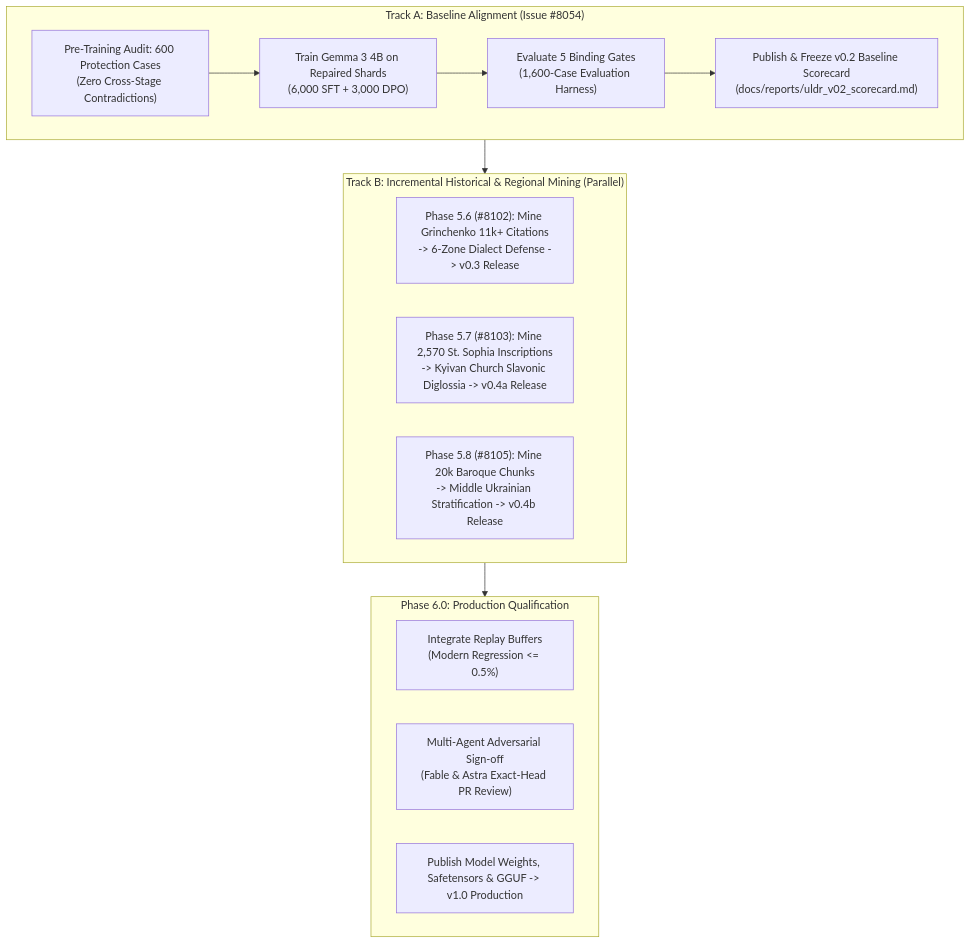
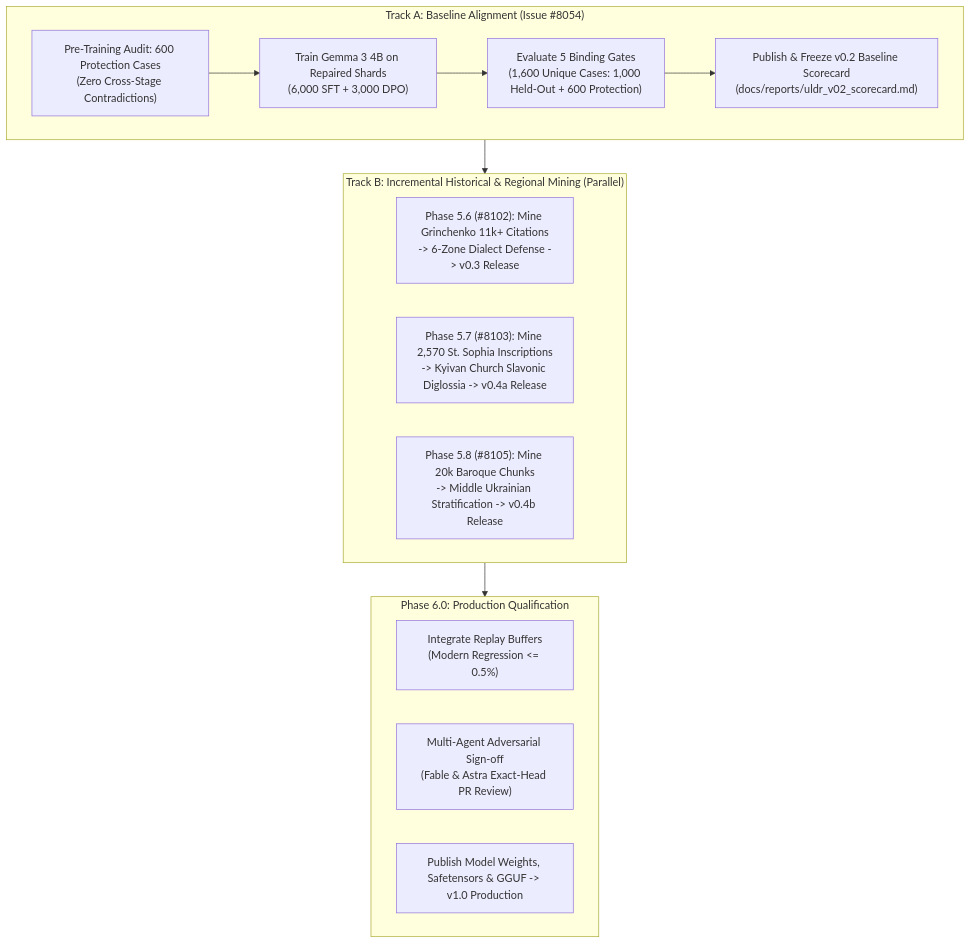
Before and after one commit to learn-ukrainian/learn-ukrainian.github.io: the diagram in docs/projects/open-model-data/PRODUCTION_RELEASE_PLAN.md, drawn with Mermaid. The commit also changed other lines of this file and 2 other files, not shown here.

First line of the commit message:
docs(open-model-data): reconcile review feedback on diglossia spec and gates

````diff
--- a/docs/projects/open-model-data/PRODUCTION_RELEASE_PLAN.md
+++ b/docs/projects/open-model-data/PRODUCTION_RELEASE_PLAN.md
@@ -28,23 +28,23 @@
 ```mermaid
 flowchart TD
     subgraph TrackA["Track A: Baseline Alignment (Issue #8054)"]
         A1["Pre-Training Audit: 600 Protection Cases\n(Zero Cross-Stage Contradictions)"] --> A2["Train Gemma 3 4B on Repaired Shards\n(6,000 SFT + 3,000 DPO)"]
-        A2 --> A3["Evaluate 5 Binding Gates\n(1,600-Case Evaluation Harness)"]
+        A2 --> A3["Evaluate 5 Binding Gates\n(1,600 Unique Cases: 1,000 Held-Out + 600 Protection)"]
         A3 --> A4["Publish & Freeze v0.2 Baseline Scorecard\n(docs/reports/uldr_v02_scorecard.md)"]
     end
 
     subgraph TrackB["Track B: Incremental Historical & Regional Mining (Parallel)"]
         B1["Phase 5.6 (#8102): Mine Grinchenko 11k+ Citations\n-> 6-Zone Dialect Defense -> v0.3 Release"]
         B2["Phase 5.7 (#8103): Mine 2,570 St. Sophia Inscriptions\n-> Kyivan Church Slavonic Diglossia -> v0.4a Release"]
         B3["Phase 5.8 (#8105): Mine 20k Baroque Chunks\n-> Middle Ukrainian Stratification -> v0.4b Release"]
     end
 
     subgraph FinalStage["Phase 6.0: Production Qualification"]
         C1["Integrate Replay Buffers\n(Modern Regression <= 0.5%)"]
         C2["Multi-Agent Adversarial Sign-off\n(Fable & Astra Exact-Head PR Review)"]
         C3["Publish Model Weights, Safetensors & GGUF -> v1.0 Production"]
     end
 
     TrackA --> TrackB
     TrackB --> FinalStage
 ```
````
